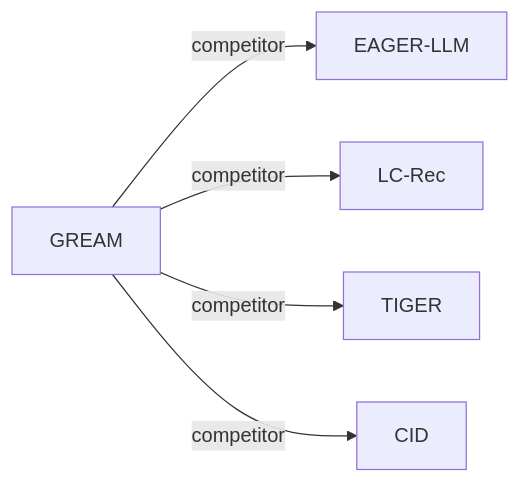
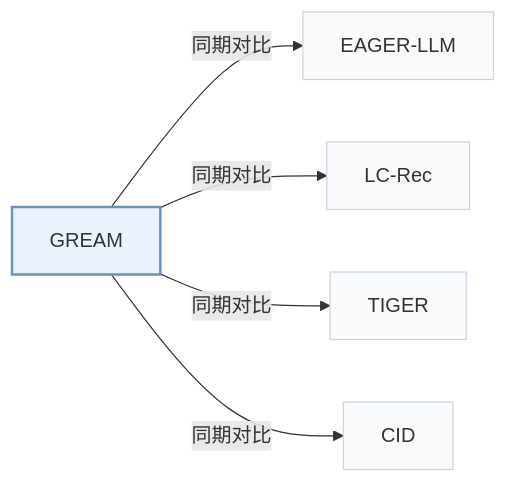
Before and after one commit to Galaxy-ghost/Awesome-SID-Generative-Rec: the fourth of 4 diagrams in pages/zh/papers/gream.md, drawn with Mermaid. The commit also changed other lines of this file and 649 other files, not shown here.

Commit message:
writer-05: also tags and modality index (schema, check, build, visuals); summary field removed; calibration data for 12 papers

````diff
--- a/pages/zh/papers/gream.md
+++ b/pages/zh/papers/gream.md
@@ -130,8 +153,12 @@
 ```mermaid
 flowchart LR
     P["GREAM"]
-    P -->|competitor| A["EAGER-LLM"]
-    P -->|competitor| B["LC-Rec"]
-    P -->|competitor| C["TIGER"]
-    P -->|competitor| D["CID"]
+    P -->|"同期对比"| A["EAGER-LLM"]
+    P -->|"同期对比"| B["LC-Rec"]
+    P -->|"同期对比"| C["TIGER"]
+    P -->|"同期对比"| D["CID"]
+    classDef main fill:#eaf2fb,stroke:#6b8fc7,stroke-width:2px
+    classDef peer fill:#f8fafc,stroke:#cbd5e1
+    class P main
+    class A,B,C,D peer
 ```
````
